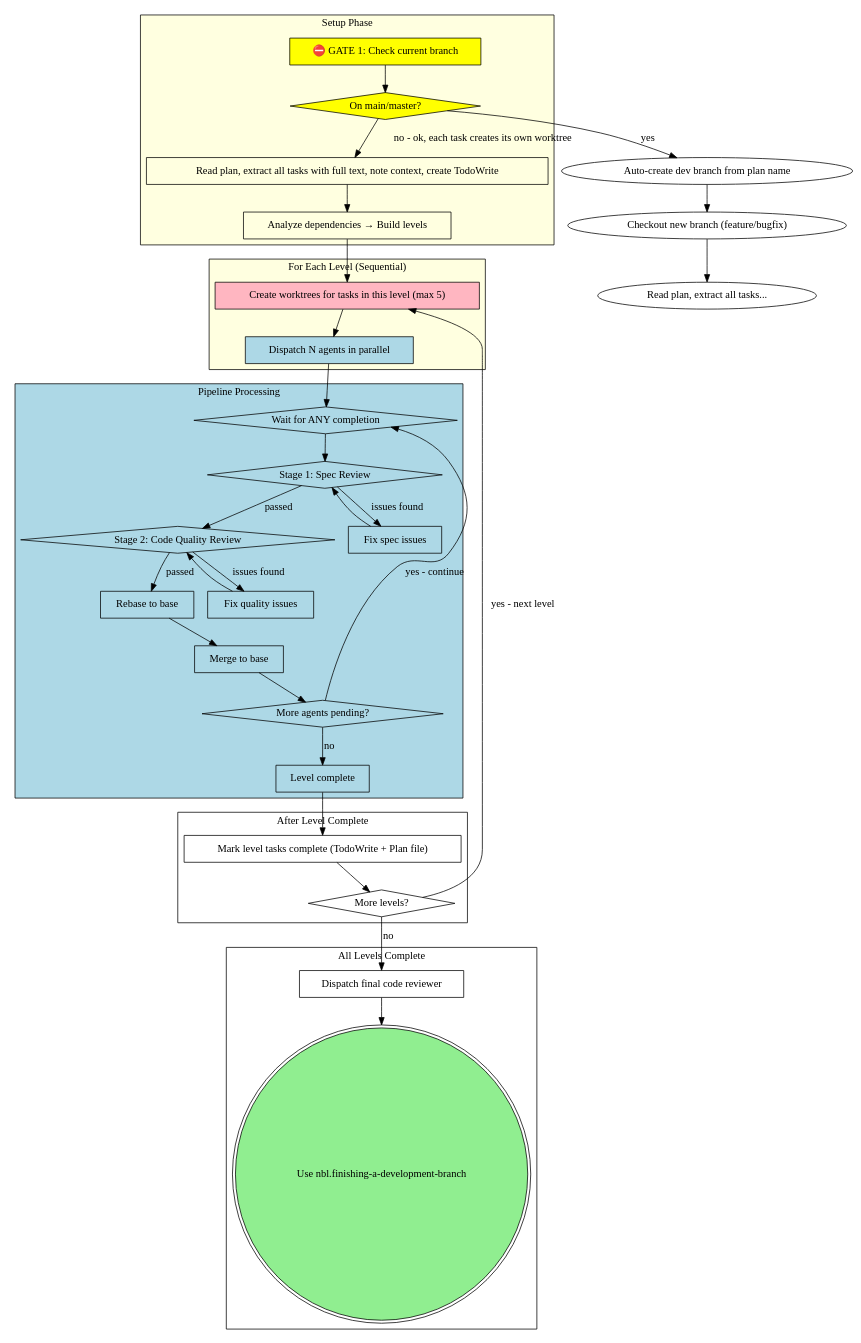
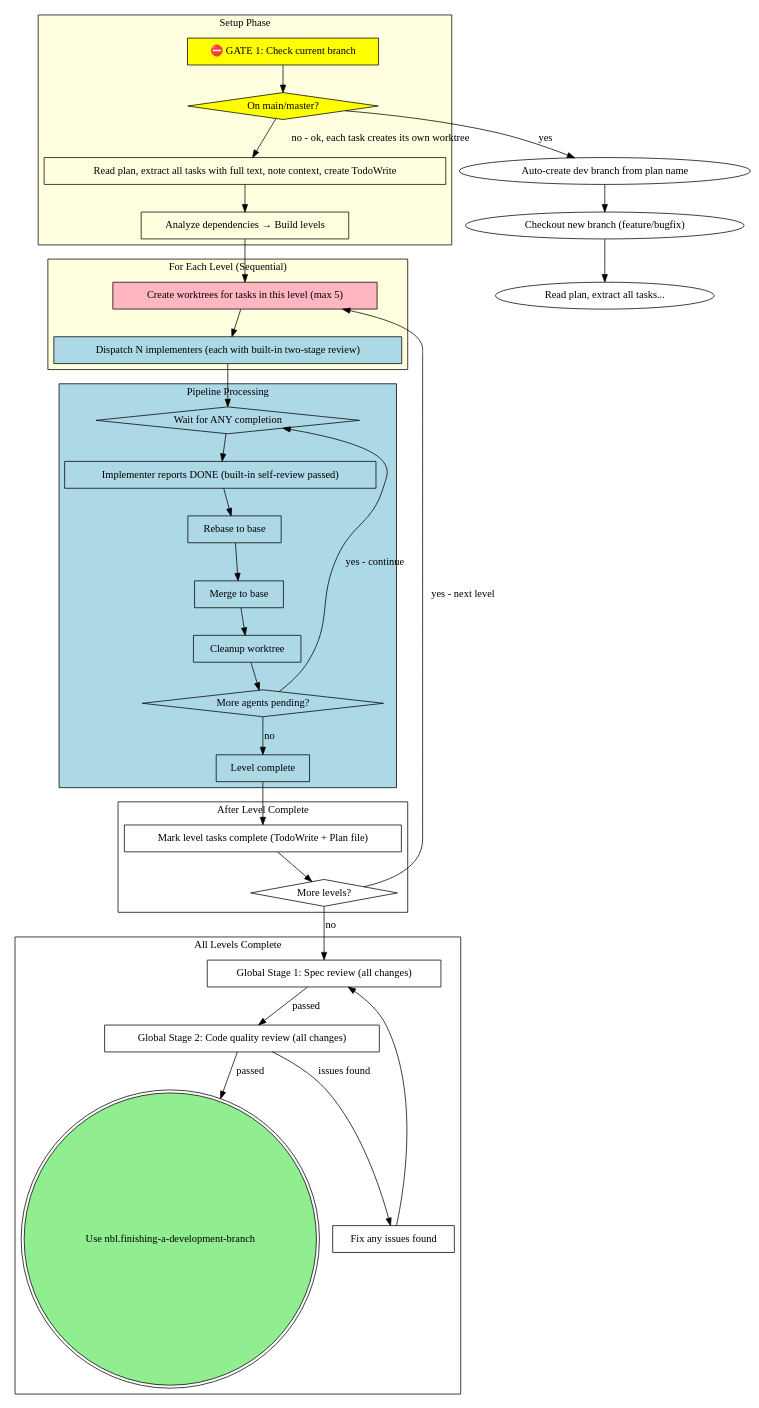
Before and after one commit to icefrag/guozhi-claude-code: the second of 2 diagrams in skills/nbl.parallel-subagent-driven-development/SKILL.md, drawn with Graphviz. The commit also changed other lines of this file and 4 other files, not shown here.

First line of the commit message:
feat: optimize subagent development flow - built-in two-stage review per task

````diff
--- a/skills/nbl.parallel-subagent-driven-development/SKILL.md
+++ b/skills/nbl.parallel-subagent-driven-development/SKILL.md
@@ -284,79 +272,78 @@
 ```dot
 digraph process {
     rankdir=TB;
 
     subgraph cluster_setup {
         label="Setup Phase";
         style=filled fillcolor=lightyellow;
         "⛔ GATE 1: Check current branch" [shape=box style=filled fillcolor=yellow];
         "On main/master?" [shape=diamond style=filled fillcolor=yellow];
         "Read plan, extract all tasks with full text, note context, create TodoWrite" [shape=box];
         "Analyze dependencies → Build levels" [shape=box];
     }
 
     subgraph cluster_level_loop {
         label="For Each Level (Sequential)";
         style=filled fillcolor=lightyellow;
         "Create worktrees for tasks in this level (max 5)" [shape=box style=filled fillcolor=lightpink];
-        "Dispatch N agents in parallel" [shape=box style=filled fillcolor=lightblue];
+        "Dispatch N implementers (each with built-in two-stage review)" [shape=box style=filled fillcolor=lightblue];
     }
 
     // Pre-execution flow
     "⛔ GATE 1: Check current branch" -> "On main/master?";
     "On main/master?" -> "Read plan, extract all tasks with full text, note context, create TodoWrite" [label="no - ok, each task creates its own worktree"];
     "On main/master?" -> "Auto-create dev branch from plan name" [label="yes"];
     "Auto-create dev branch from plan name" -> "Checkout new branch (feature/bugfix)" -> "Read plan, extract all tasks...";
 
     subgraph cluster_pipeline {
         label="Pipeline Processing";
         style=filled fillcolor=lightblue;
         "Wait for ANY completion" [shape=diamond];
-        "Stage 1: Spec Review" [shape=diamond];
-        "Fix spec issues" [shape=box];
-        "Stage 2: Code Quality Review" [shape=diamond];
-        "Fix quality issues" [shape=box];
+        "Implementer reports DONE (built-in self-review passed)" [shape=box];
         "Rebase to base" [shape=box];
         "Merge to base" [shape=box];
+        "Cleanup worktree" [shape=box];
         "More agents pending?" [shape=diamond];
         "Level complete" [shape=box];
     }
 
     subgraph cluster_cleanup {
         label="After Level Complete";
         "Mark level tasks complete (TodoWrite + Plan file)" [shape=box];
         "More levels?" [shape=diamond];
     }
 
     subgraph cluster_finish {
         label="All Levels Complete";
-        "Dispatch final code reviewer" [shape=box];
+        "Global Stage 1: Spec review (all changes)" [shape=box];
+        "Global Stage 2: Code quality review (all changes)" [shape=box];
+        "Fix any issues found" [shape=box];
         "Use nbl.finishing-a-development-branch" [shape=doublecircle style=filled fillcolor=lightgreen];
     }
 
     // Setup flow
     "Read plan, extract all tasks with full text, note context, create TodoWrite" -> "Analyze dependencies → Build levels";
     "Analyze dependencies → Build levels" -> "Create worktrees for tasks in this level (max 5)";
-    "Create worktrees for tasks in this level (max 5)" -> "Dispatch N agents in parallel";
+    "Create worktrees for tasks in this level (max 5)" -> "Dispatch N implementers (each with built-in two-stage review)";
 
     // Pipeline processing
-    "Dispatch N agents in parallel" -> "Wait for ANY completion";
-    "Wait for ANY completion" -> "Stage 1: Spec Review";
-    "Stage 1: Spec Review" -> "Fix spec issues" [label="issues found"];
-    "Fix spec issues" -> "Stage 1: Spec Review";
-    "Stage 1: Spec Review" -> "Stage 2: Code Quality Review" [label="passed"];
-    "Stage 2: Code Quality Review" -> "Fix quality issues" [label="issues found"];
-    "Fix quality issues" -> "Stage 2: Code Quality Review";
-    "Stage 2: Code Quality Review" -> "Rebase to base" [label="passed"];
+    "Dispatch N implementers (each with built-in two-stage review)" -> "Wait for ANY completion";
+    "Wait for ANY completion" -> "Implementer reports DONE (built-in self-review passed)";
+    "Implementer reports DONE (built-in self-review passed)" -> "Rebase to base";
     "Rebase to base" -> "Merge to base";
-    "Merge to base" -> "More agents pending?";
+    "Merge to base" -> "Cleanup worktree";
+    "Cleanup worktree" -> "More agents pending?";
     "More agents pending?" -> "Wait for ANY completion" [label="yes - continue"];
     "More agents pending?" -> "Level complete" [label="no"];
 
     // Cleanup flow
     "Level complete" -> "Mark level tasks complete (TodoWrite + Plan file)";
     "Mark level tasks complete (TodoWrite + Plan file)" -> "More levels?";
     "More levels?" -> "Create worktrees for tasks in this level (max 5)" [label="yes - next level"];
-    "More levels?" -> "Dispatch final code reviewer" [label="no"];
-    "Dispatch final code reviewer" -> "Use nbl.finishing-a-development-branch";
+    "More levels?" -> "Global Stage 1: Spec review (all changes)" [label="no"];
+    "Global Stage 1: Spec review (all changes)" -> "Global Stage 2: Code quality review (all changes)" [label="passed"];
+    "Global Stage 2: Code quality review (all changes)" -> "Fix any issues found" [label="issues found"];
+    "Fix any issues found" -> "Global Stage 1: Spec review (all changes)";
+    "Global Stage 2: Code quality review (all changes)" -> "Use nbl.finishing-a-development-branch" [label="passed"];
 }
 ```
````
